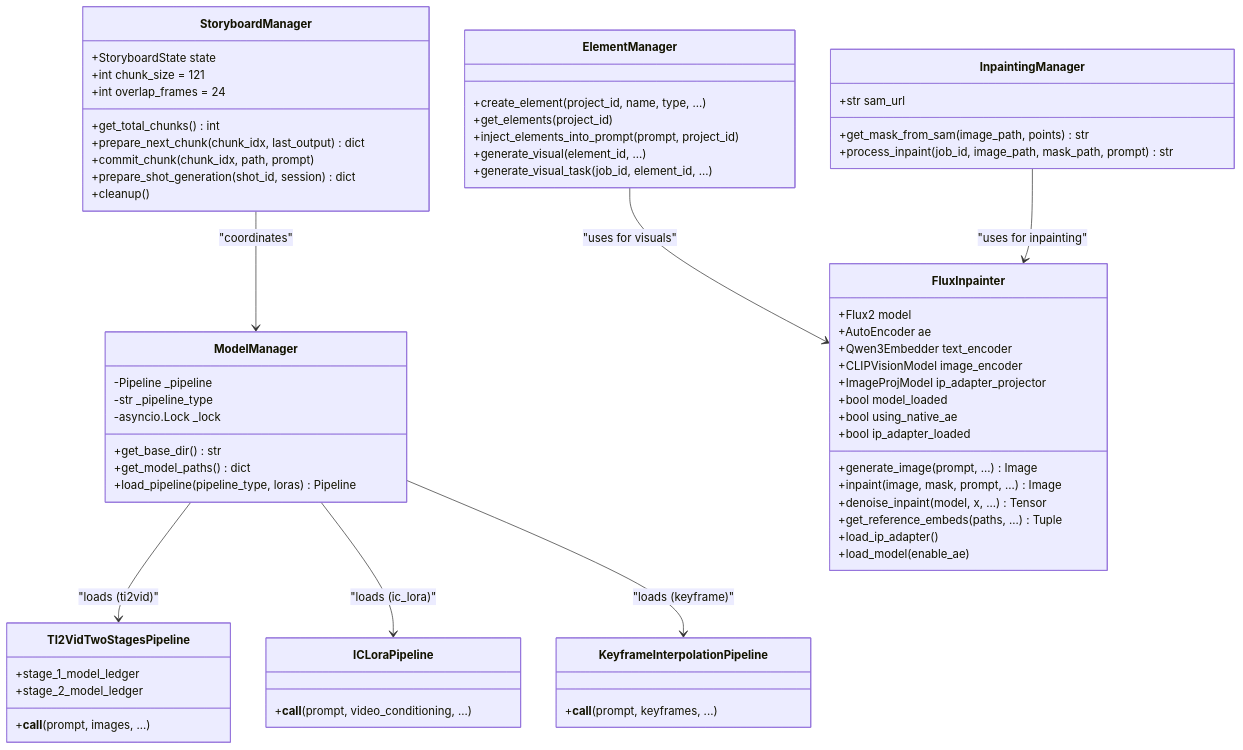
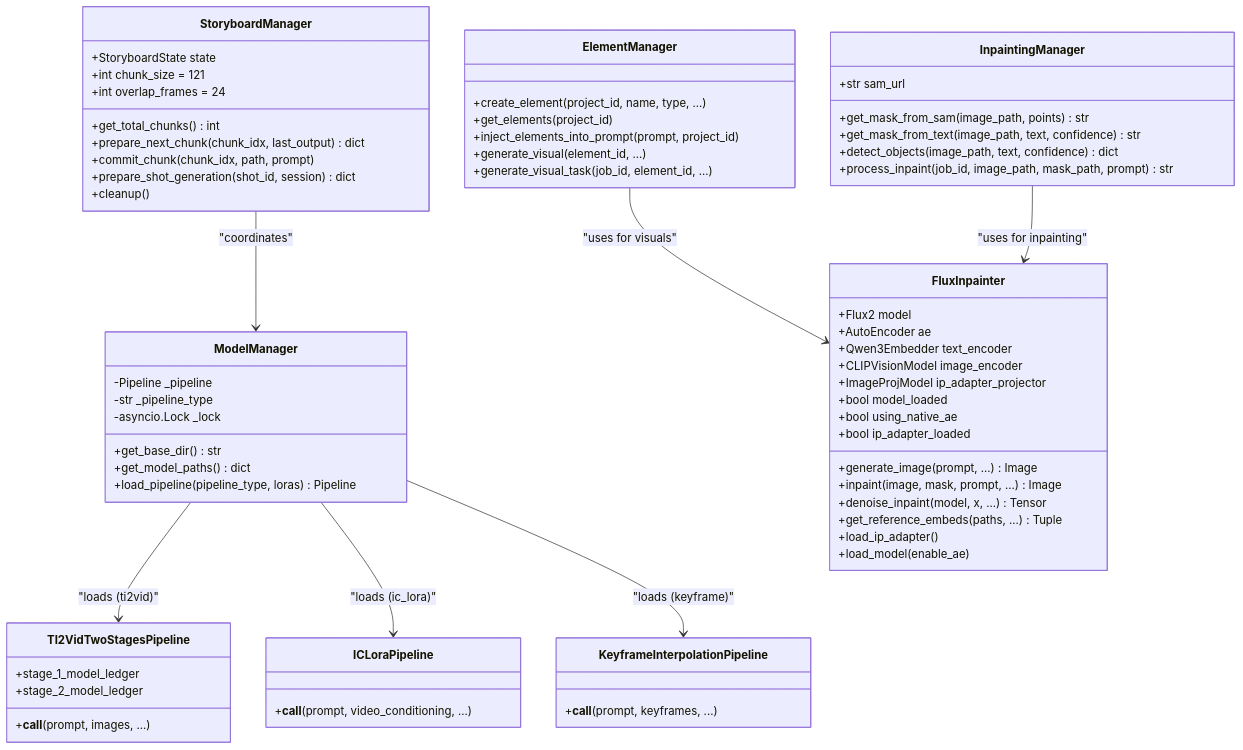
Before and after one commit to mainza-ai/milimovideo: the first of 5 diagrams in docs/03_ai_pipelines.md, drawn with Mermaid. The commit also changed other lines of this file and 31 other files, not shown here.

````diff
--- a/docs/03_ai_pipelines.md
+++ b/docs/03_ai_pipelines.md
@@ -5,74 +5,76 @@
 ```mermaid
 classDiagram
     class ModelManager {
         -Pipeline _pipeline
         -str _pipeline_type
         -asyncio.Lock _lock
         +get_base_dir() str
         +get_model_paths() dict
         +load_pipeline(pipeline_type, loras) Pipeline
     }
 
     class TI2VidTwoStagesPipeline {
         +stage_1_model_ledger
         +stage_2_model_ledger
         +__call__(prompt, images, ...)
     }
 
     class ICLoraPipeline {
         +__call__(prompt, video_conditioning, ...)
     }
 
     class KeyframeInterpolationPipeline {
         +__call__(prompt, keyframes, ...)
     }
 
     class FluxInpainter {
         +Flux2 model
         +AutoEncoder ae
         +Qwen3Embedder text_encoder
         +CLIPVisionModel image_encoder
         +ImageProjModel ip_adapter_projector
         +bool model_loaded
         +bool using_native_ae
         +bool ip_adapter_loaded
         +generate_image(prompt, ...) Image
         +inpaint(image, mask, prompt, ...) Image
         +denoise_inpaint(model, x, ...) Tensor
         +get_reference_embeds(paths, ...) Tuple
         +load_ip_adapter()
         +load_model(enable_ae)
     }
 
     class ElementManager {
         +create_element(project_id, name, type, ...)
         +get_elements(project_id)
         +inject_elements_into_prompt(prompt, project_id)
         +generate_visual(element_id, ...)
         +generate_visual_task(job_id, element_id, ...)
     }
 
     class InpaintingManager {
         +str sam_url
         +get_mask_from_sam(image_path, points) str
+        +get_mask_from_text(image_path, text, confidence) str
+        +detect_objects(image_path, text, confidence) dict
         +process_inpaint(job_id, image_path, mask_path, prompt) str
     }
 
     class StoryboardManager {
         +StoryboardState state
         +int chunk_size = 121
         +int overlap_frames = 24
         +get_total_chunks() int
         +prepare_next_chunk(chunk_idx, last_output) dict
         +commit_chunk(chunk_idx, path, prompt)
         +prepare_shot_generation(shot_id, session) dict
         +cleanup()
     }
 
     ModelManager --> TI2VidTwoStagesPipeline : "loads (ti2vid)"
     ModelManager --> ICLoraPipeline : "loads (ic_lora)"
     ModelManager --> KeyframeInterpolationPipeline : "loads (keyframe)"
     ElementManager --> FluxInpainter : "uses for visuals"
     InpaintingManager --> FluxInpainter : "uses for inpainting"
     StoryboardManager --> ModelManager : "coordinates"
 ```
````
